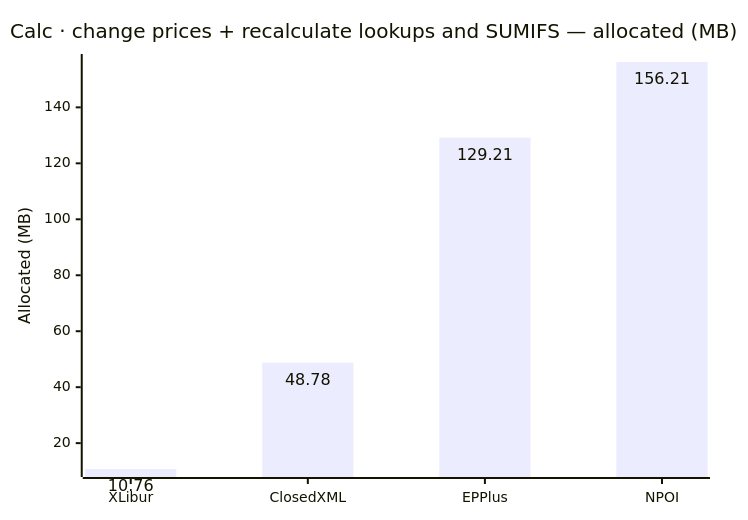
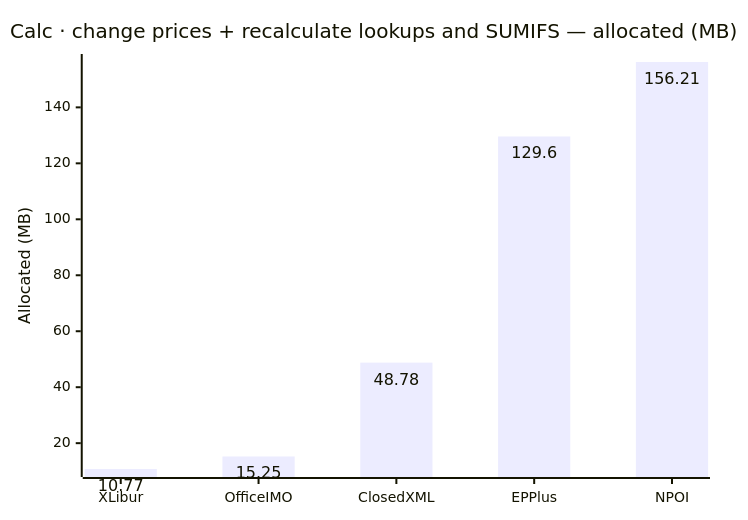
One commit to jafin/XLBench changed diagram 16 of 18 in docs/results.md. Above: the diagram before and after it, drawn with Mermaid. The commit also changed other lines of this file and 2 other files, not shown here.

First line of the commit message:
Publish full-fidelity results for OfficeIMO 3.6.2, MiniExcel 2.0.0, XLibur 0.900.0, EPPlus 8.7.3 and Telerik 2026.4.1127

````diff
--- a/docs/results.md
+++ b/docs/results.md
@@ -237,12 +237,12 @@
 ```mermaid
 ---
 config:
   xyChart:
     showDataLabel: true
 ---
 xychart-beta
     title "Calc · change prices + recalculate lookups and SUMIFS — allocated (MB)"
-    x-axis ["XLibur", "ClosedXML", "EPPlus", "NPOI"]
+    x-axis ["XLibur", "OfficeIMO", "ClosedXML", "EPPlus", "NPOI"]
     y-axis "Allocated (MB)"
-    bar [10.76, 48.78, 129.21, 156.21]
+    bar [10.77, 15.25, 48.78, 129.6, 156.21]
 ```
````
